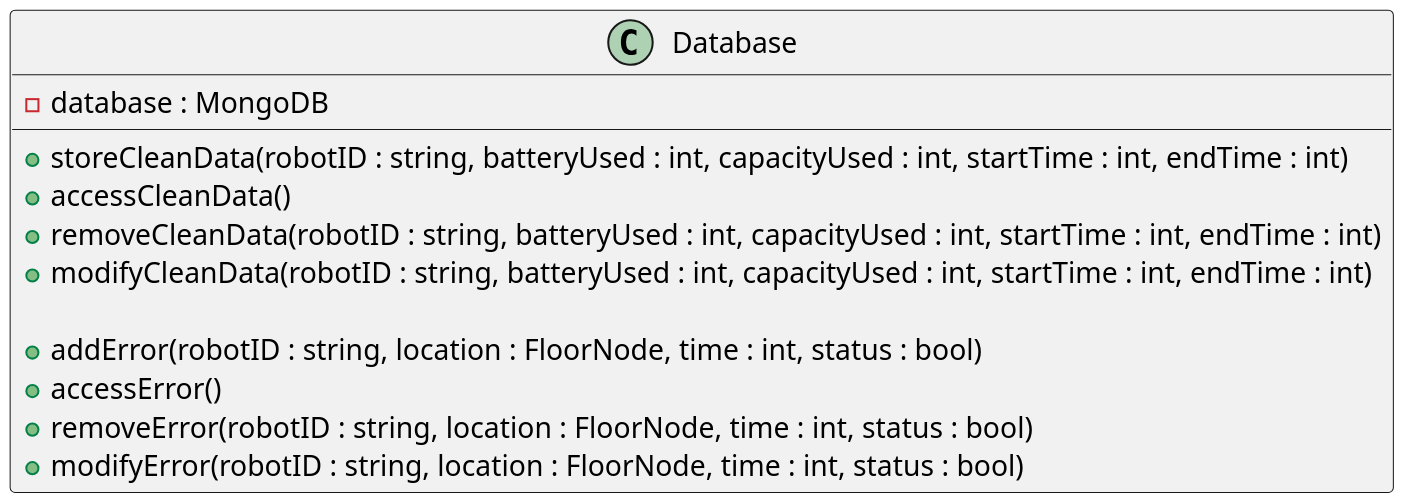
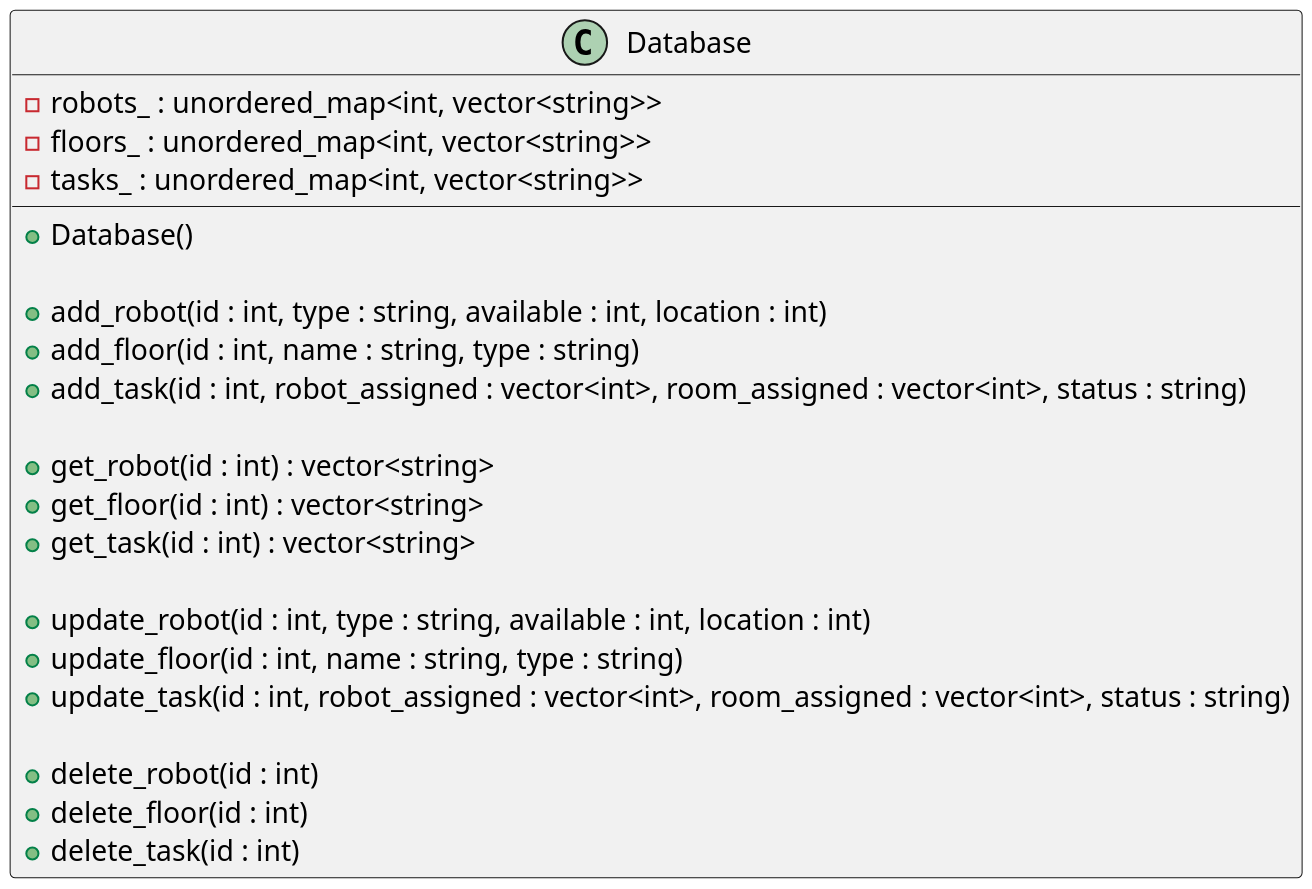
The diagram in docs/design/uml_class_diagrams/Database.puml (ur-swe-fa24/main-project-tidytech), drawn with PlantUML before and after one commit. The commit also changed 1 other file, not shown here.

Commit message:
completed uml for database

```diff
--- a/docs/design/uml_class_diagrams/Database.puml
+++ b/docs/design/uml_class_diagrams/Database.puml
@@ -1,20 +1,29 @@
 @startuml Database
 skinparam dpi 200
 skinparam DefaultFontName Inconsolata
 ' To produce the UML png
+class Database {
+    - robots_ : unordered_map<int, vector<string>>
+    - floors_ : unordered_map<int, vector<string>>
+    - tasks_ : unordered_map<int, vector<string>>
 
-class Database {
-    - database : MongoDB
-
-    + storeCleanData(robotID : string, batteryUsed : int, capacityUsed : int, startTime : int, endTime : int)
-    + accessCleanData()
-    + removeCleanData(robotID : string, batteryUsed : int, capacityUsed : int, startTime : int, endTime : int)
-    + modifyCleanData(robotID : string, batteryUsed : int, capacityUsed : int, startTime : int, endTime : int)
+    + Database()
     
-    + addError(robotID : string, location : FloorNode, time : int, status : bool)
-    + accessError()
-    + removeError(robotID : string, location : FloorNode, time : int, status : bool)
-    + modifyError(robotID : string, location : FloorNode, time : int, status : bool)
+    + add_robot(id : int, type : string, available : int, location : int)
+    + add_floor(id : int, name : string, type : string)
+    + add_task(id : int, robot_assigned : vector<int>, room_assigned : vector<int>, status : string)
+    
+    + get_robot(id : int) : vector<string>
+    + get_floor(id : int) : vector<string>
+    + get_task(id : int) : vector<string>
+    
+    + update_robot(id : int, type : string, available : int, location : int)
+    + update_floor(id : int, name : string, type : string)
+    + update_task(id : int, robot_assigned : vector<int>, room_assigned : vector<int>, status : string)
+    
+    + delete_robot(id : int)
+    + delete_floor(id : int)
+    + delete_task(id : int)
 }
 
 @enduml
```
